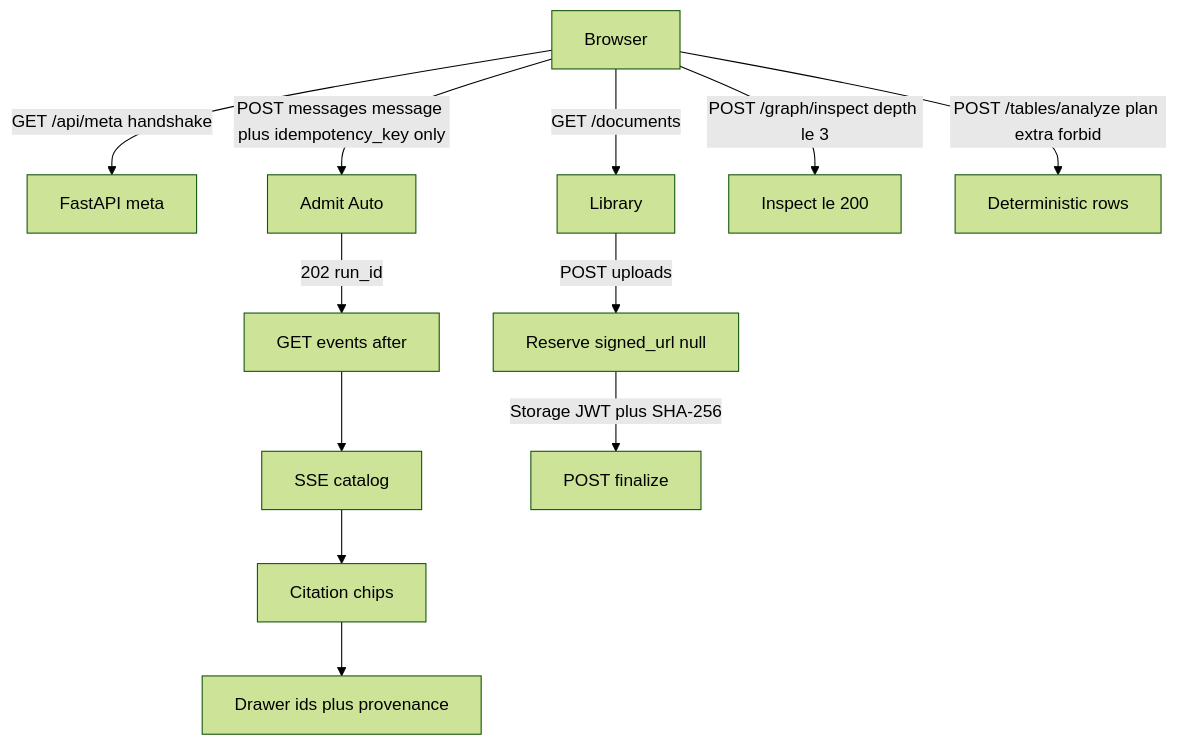
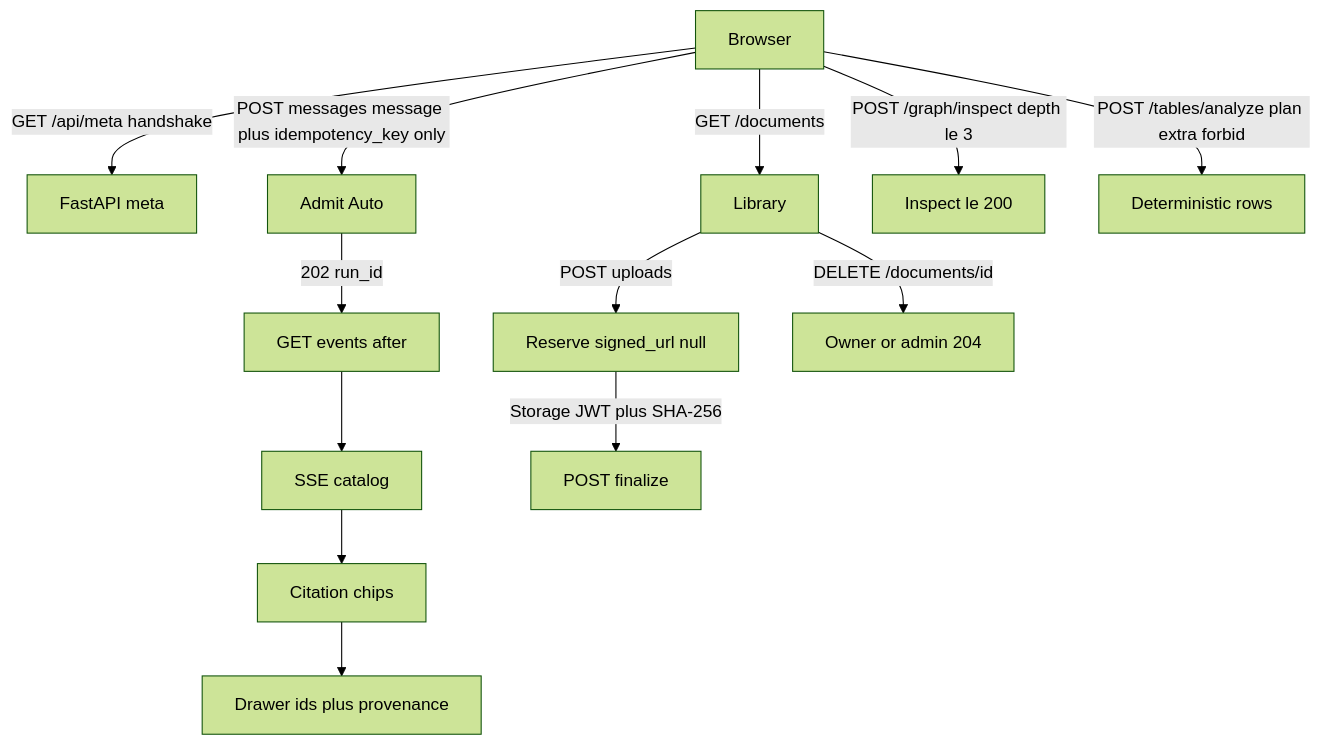
The diagram in docs/frontend/CORE_RAG_SURFACES.md (Nagdy8888/smart-rag), drawn with Mermaid (forest theme) before and after one commit. The commit also changed other lines of this file and 29 other files, not shown here.

Commit message:
Rebuild Documents around real ingestion status, keyset pagination, and owner/admin delete.

````diff
--- a/docs/frontend/CORE_RAG_SURFACES.md
+++ b/docs/frontend/CORE_RAG_SURFACES.md
@@ -51,15 +49,16 @@
 ```mermaid
 flowchart TD
   browser[Browser]
   browser -->|GET /api/meta handshake| meta[FastAPI meta]
   browser -->|POST messages message plus idempotency_key only| admit[Admit Auto]
   admit -->|202 run_id| resume[GET events after]
   resume --> catalog[SSE catalog]
   catalog --> chips[Citation chips]
   chips --> drawer[Drawer ids plus provenance]
   browser -->|GET /documents| library[Library]
   library -->|POST uploads| reserve[Reserve signed_url null]
   reserve -->|Storage JWT plus SHA-256| finalize[POST finalize]
+  library -->|DELETE /documents/id| tombstone[Owner or admin 204]
   browser -->|POST /graph/inspect depth le 3| inspect[Inspect le 200]
   browser -->|POST /tables/analyze plan extra forbid| table[Deterministic rows]
 ```
````
